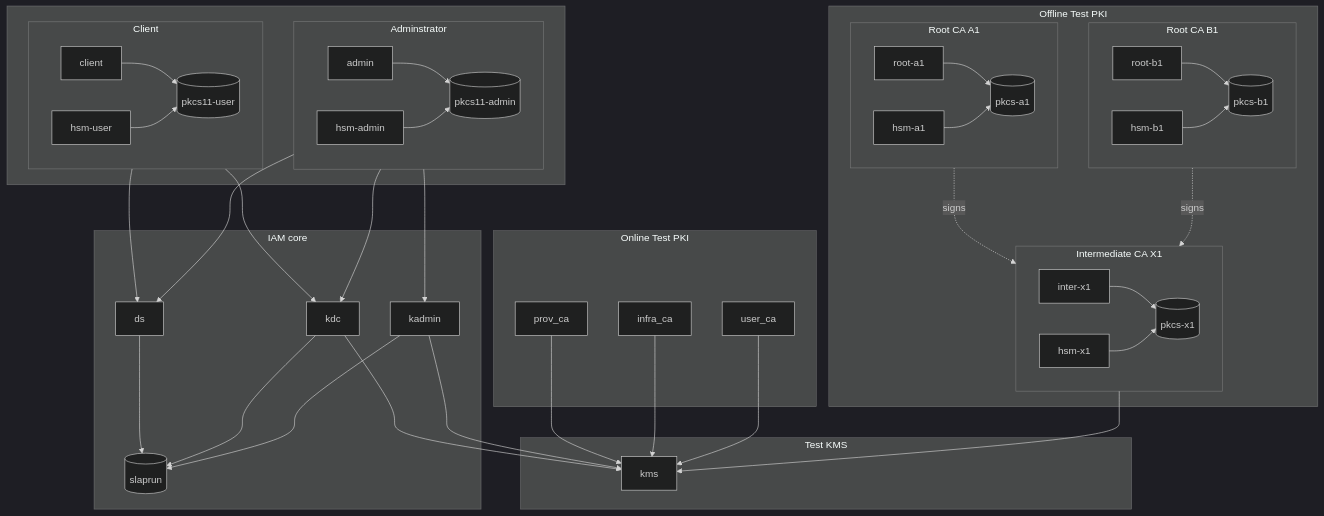
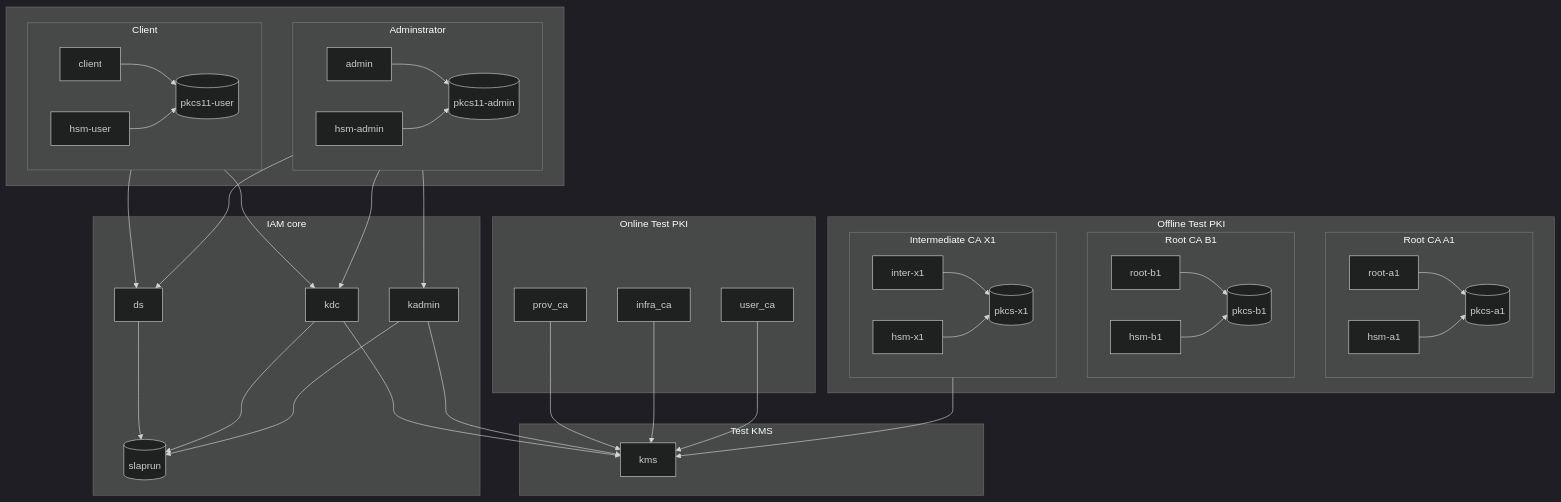
Before and after one commit to bencrannich/iam.service: the tenth of 10 diagrams in README.md, drawn with Mermaid (dark theme). The commit also changed other lines of this file, not shown here.

````diff
--- a/README.md
+++ b/README.md
@@ -489,69 +1170,69 @@
 ```mermaid
 flowchart
   subgraph offline ["Offline Test PKI"]
 
     subgraph a1 ["Root CA A1"]
       direction LR
       root_a1[root-a1] --> pkcs_a1[(pkcs-a1)]
       hsm_a1[hsm-a1] --> pkcs_a1
     end
 
     subgraph b1 ["Root CA B1"]
       direction LR
       root_b1[root-b1] --> pkcs_b1[(pkcs-b1)]
       hsm_b1[hsm-b1] --> pkcs_b1
     end
 
-    a1 -. signs .-> x1
-    b1 -. signs .-> x1
+%%    a1 -. signs .-> x1
+%%    b1 -. signs .-> x1
 
     subgraph x1 ["Intermediate CA X1"]
       direction LR
       inter_x1[inter-x1] --> pkcs_x1[(pkcs-x1)];
       hsm_x1[hsm-x1] --> pkcs_x1;
     end
 
   end
   
   subgraph kms_env ["Test KMS"]
     kms;
   end
 
   subgraph online_ca ["Online Test PKI"]
     x1 --> kms
     prov_ca --> kms
     infra_ca --> kms
     user_ca --> kms
   end
 
 %%    x1 -. signs .-> prov_ca[prov-ca]
 %%    x1 -. signs .-> infra_ca[infra-ca]
 %%    x1 -. signs .-> user_ca[user-ca]
 
   subgraph iam_core ["IAM core"]
     ds; kdc; kadmin;
     ds --> slaprun[(slaprun)];
     kdc --> slaprun;
     kadmin --> slaprun;
 
     %% infra_ca -. issues .-> ds & kdc;
     kdc & kadmin --> kms;
   end
 
   subgraph inner [" "]
     subgraph client_env ["Client"]
       direction LR
       client --> pkcs11_user[(pkcs11-user)];
       hsm_user[hsm-user] --> pkcs11_user;
     end
     client_env --> ds & kdc;
 
     subgraph admin_env ["Adminstrator"]
       direction LR
       admin --> pkcs11_admin[(pkcs11-admin)];
       hsm_admin[hsm-admin] --> pkcs11_admin;
     end
     admin_env --> ds & kdc & kadmin;
   end
 
   ```
````
